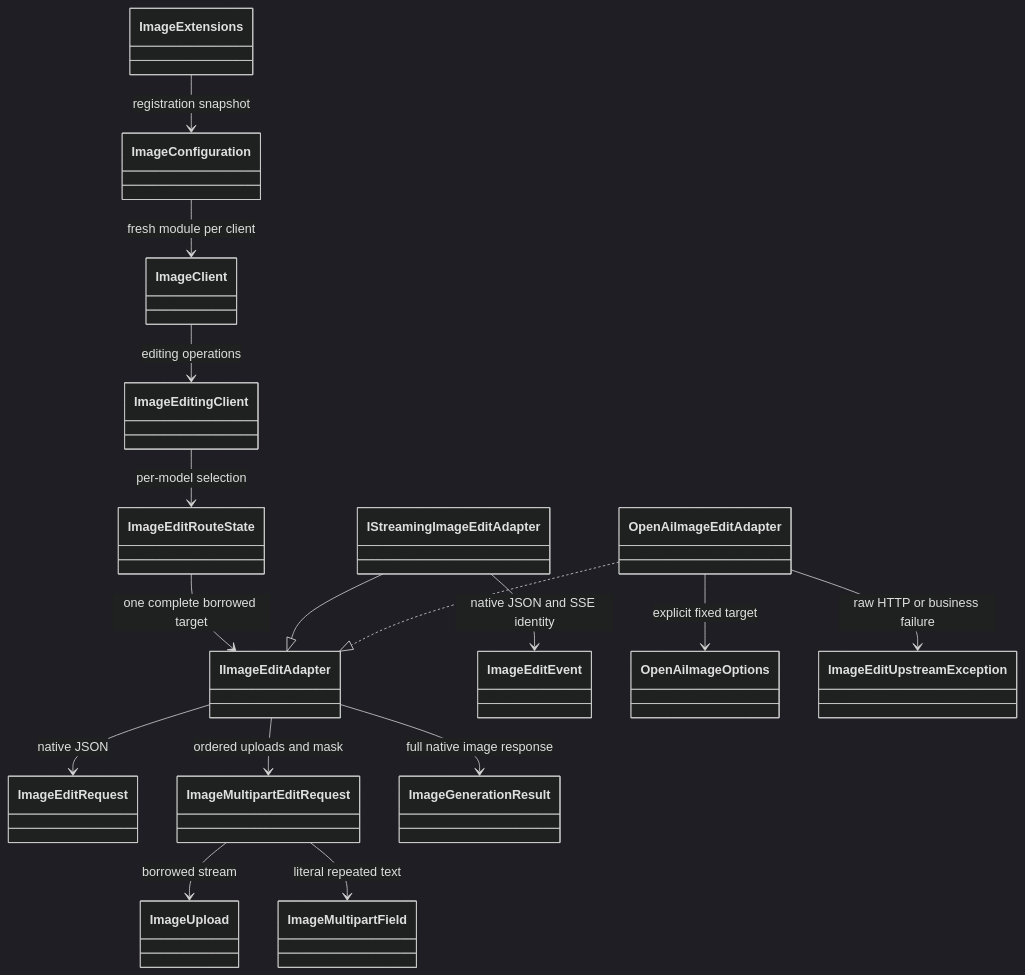
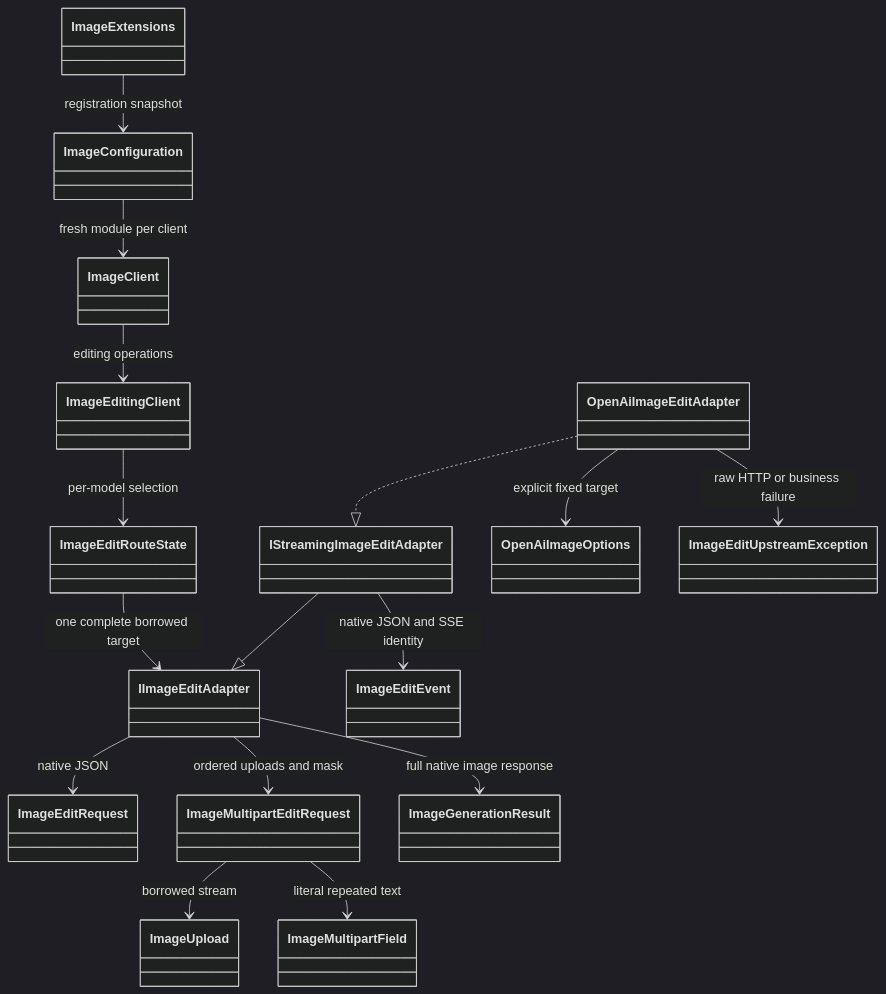
One commit to BenLampson/Asgard.Loki changed diagram 17 of 26 in docs/architecture.md. Above: the diagram before and after it, drawn with Mermaid (dark theme). The commit also changed other lines of this file and 22 other files, not shown here.

Commit message:
feat(image): preserve native OpenAI edit streaming events

````diff
--- a/docs/architecture.md
+++ b/docs/architecture.md
@@ -570,18 +570,18 @@
 ```mermaid
 classDiagram
 ImageExtensions --> ImageConfiguration : registration snapshot
 ImageConfiguration --> ImageClient : fresh module per client
 ImageClient --> ImageEditingClient : editing operations
 ImageEditingClient --> ImageEditRouteState : per-model selection
 ImageEditRouteState --> IImageEditAdapter : one complete borrowed target
 IStreamingImageEditAdapter --|> IImageEditAdapter
 IImageEditAdapter --> ImageEditRequest : native JSON
 IImageEditAdapter --> ImageMultipartEditRequest : ordered uploads and mask
 ImageMultipartEditRequest --> ImageUpload : borrowed stream
 ImageMultipartEditRequest --> ImageMultipartField : literal repeated text
 IImageEditAdapter --> ImageGenerationResult : full native image response
 IStreamingImageEditAdapter --> ImageEditEvent : native JSON and SSE identity
-OpenAiImageEditAdapter ..|> IImageEditAdapter
+OpenAiImageEditAdapter ..|> IStreamingImageEditAdapter
 OpenAiImageEditAdapter --> OpenAiImageOptions : explicit fixed target
 OpenAiImageEditAdapter --> ImageEditUpstreamException : raw HTTP or business failure
 ```
````
